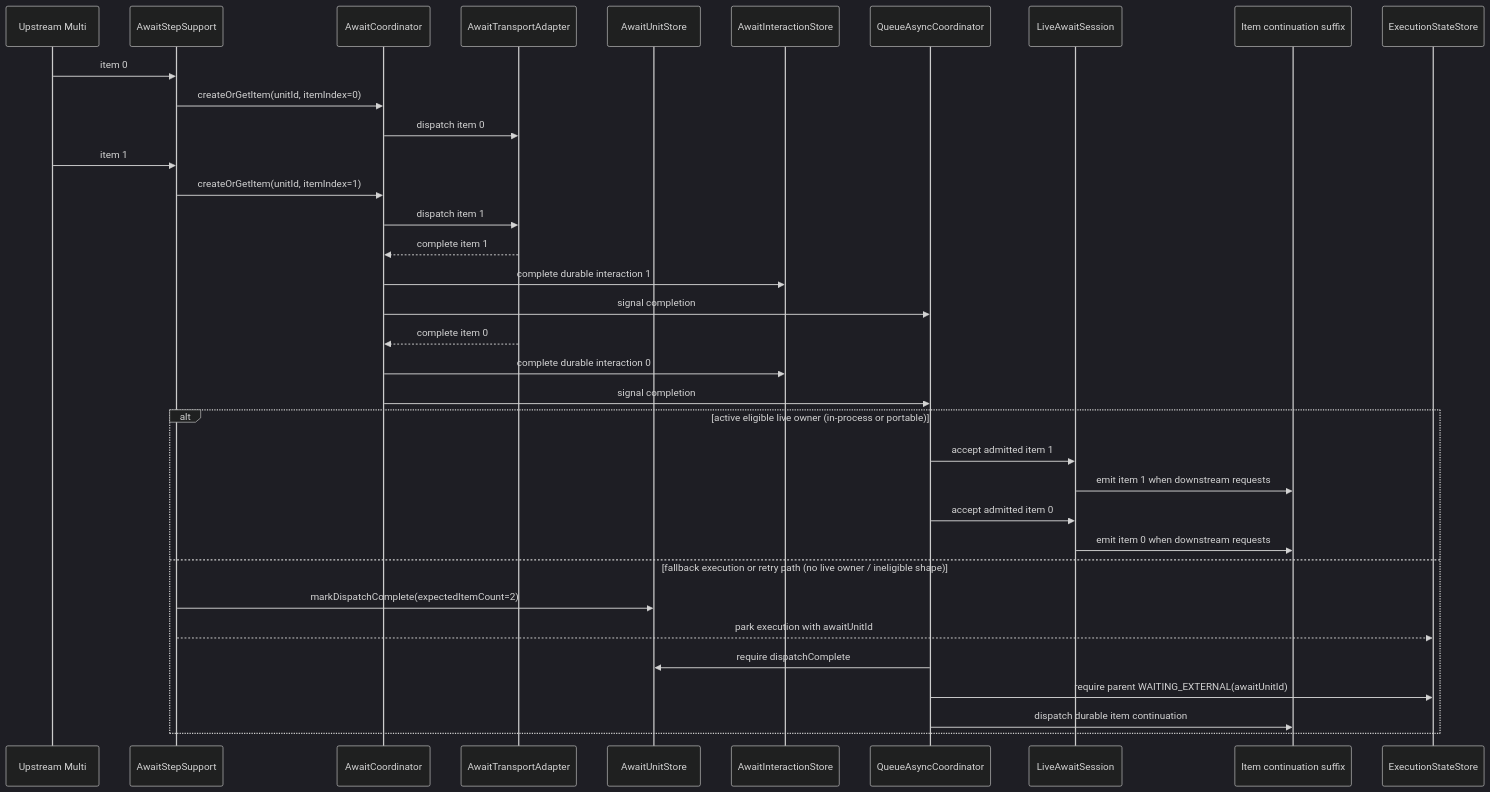
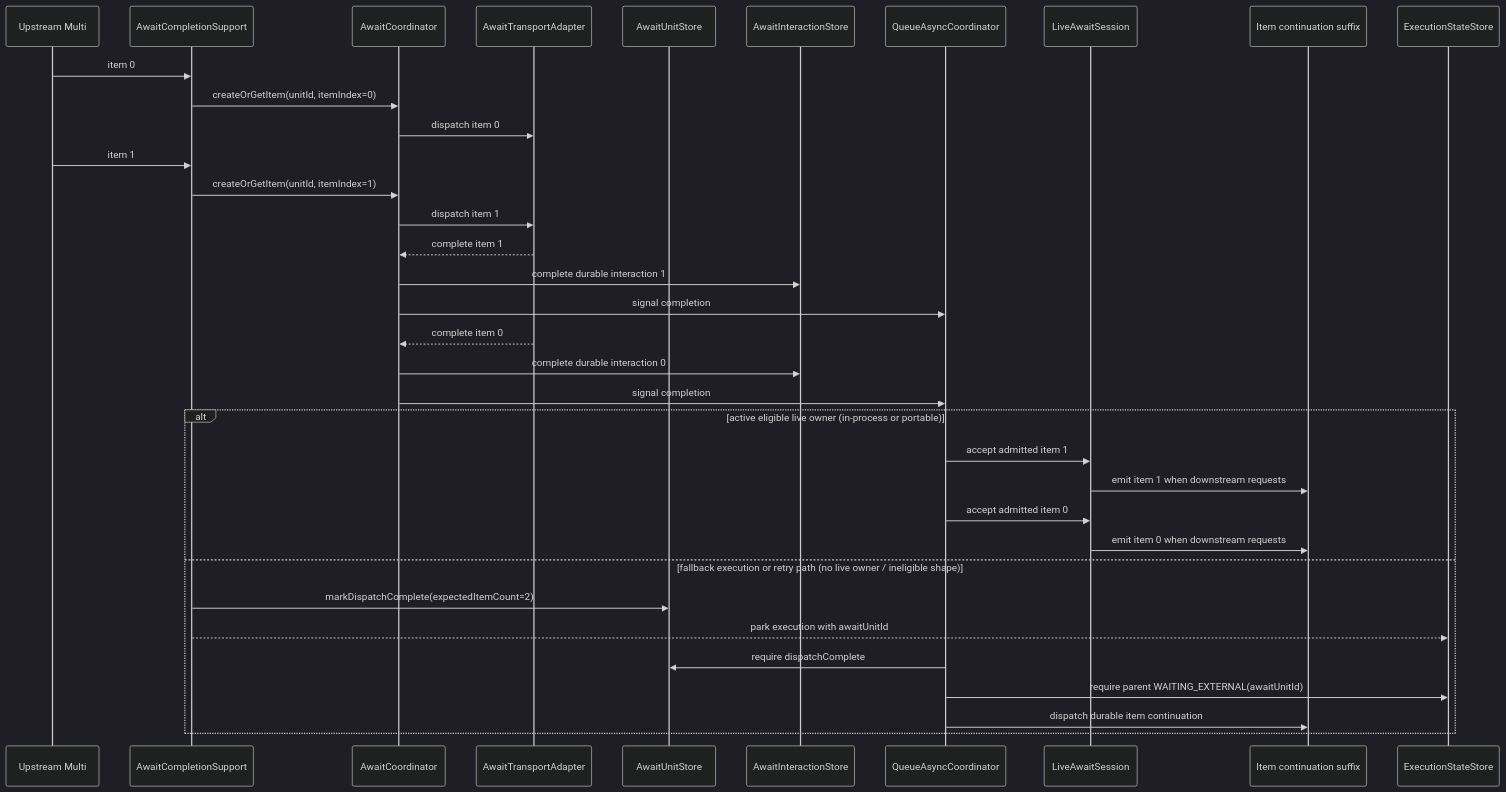
Before and after one commit to The-Pipeline-Framework/pipelineframework: the second of 10 diagrams in docs/evolve/await-unit-runtime/sequences.md, drawn with Mermaid (dark theme). The commit also changed other lines of this file and 168 other files, not shown here.

Commit message:
Make Await an orthogonal deferred-completion modifier

````diff
--- a/docs/evolve/await-unit-runtime/sequences.md
+++ b/docs/evolve/await-unit-runtime/sequences.md
@@ -37,38 +37,38 @@
 ```mermaid
 sequenceDiagram
     participant Source as Upstream Multi
-    participant Step as AwaitStepSupport
+    participant Step as AwaitCompletionSupport
     participant Coord as AwaitCoordinator
     participant Adapter as AwaitTransportAdapter
     participant UnitStore as AwaitUnitStore
     participant InteractionStore as AwaitInteractionStore
     participant Queue as QueueAsyncCoordinator
     participant Live as LiveAwaitSession
     participant Suffix as Item continuation suffix
     participant ExecStore as ExecutionStateStore
 
     Source->>Step: item 0
     Step->>Coord: createOrGetItem(unitId, itemIndex=0)
     Coord->>Adapter: dispatch item 0
     Source->>Step: item 1
     Step->>Coord: createOrGetItem(unitId, itemIndex=1)
     Coord->>Adapter: dispatch item 1
     Adapter-->>Coord: complete item 1
     Coord->>InteractionStore: complete durable interaction 1
     Coord->>Queue: signal completion
     Adapter-->>Coord: complete item 0
     Coord->>InteractionStore: complete durable interaction 0
     Coord->>Queue: signal completion
     alt active eligible live owner (in-process or portable)
       Queue->>Live: accept admitted item 1
       Live->>Suffix: emit item 1 when downstream requests
       Queue->>Live: accept admitted item 0
       Live->>Suffix: emit item 0 when downstream requests
     else fallback execution or retry path (no live owner / ineligible shape)
       Step->>UnitStore: markDispatchComplete(expectedItemCount=2)
       Step-->>ExecStore: park execution with awaitUnitId
       Queue->>UnitStore: require dispatchComplete
       Queue->>ExecStore: require parent WAITING_EXTERNAL(awaitUnitId)
       Queue->>Suffix: dispatch durable item continuation
     end
 ```
````
